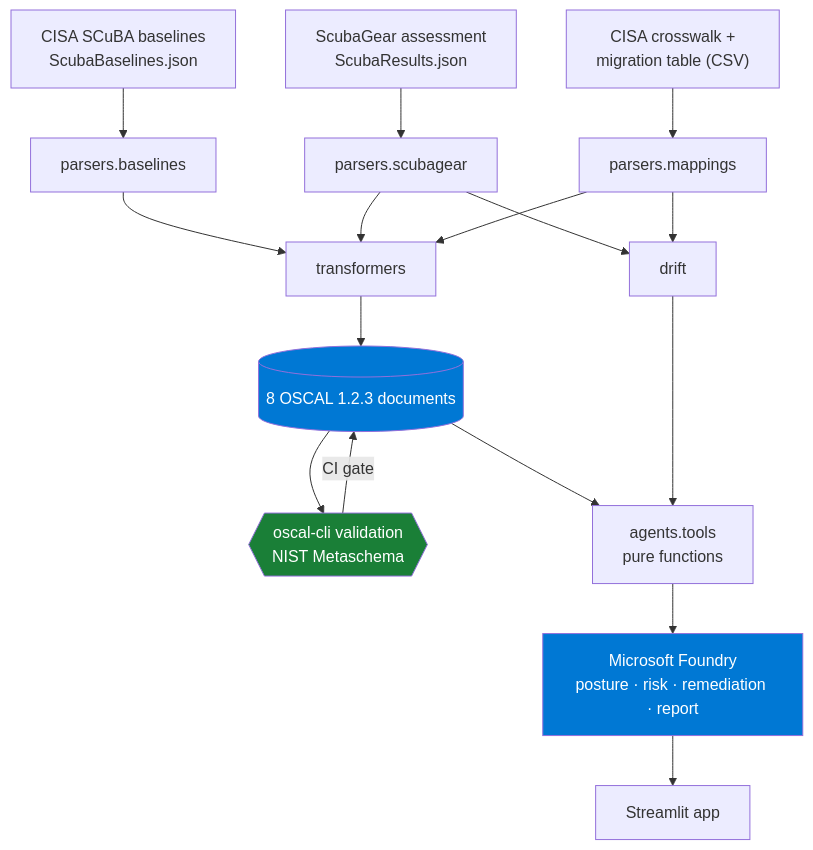
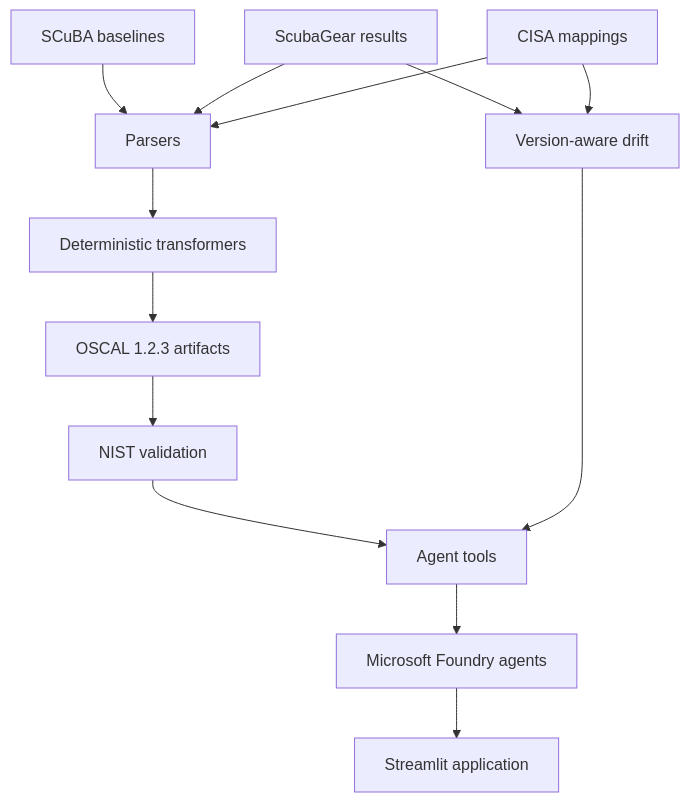
One commit to saleha-muzammil/microsoft-sec changed the diagram in README.md. Above: the diagram before and after it, drawn with Mermaid. The commit also changed other lines of this file and 45 other files, not shown here.

````diff
--- a/README.md
+++ b/README.md
@@ -316,25 +130,19 @@
 ```mermaid
 flowchart TD
-    A["CISA SCuBA baselines<br/>ScubaBaselines.json"] --> P1[parsers.baselines]
-    B["ScubaGear assessment<br/>ScubaResults.json"] --> P2[parsers.scubagear]
-    C["CISA crosswalk +<br/>migration table (CSV)"] --> P3[parsers.mappings]
+    A["SCuBA baselines"] --> P["Parsers"]
+    B["ScubaGear results"] --> P
+    C["CISA mappings"] --> P
 
-    P1 --> T[transformers]
-    P2 --> T
-    P3 --> T
-    P2 --> D[drift]
-    P3 --> D
+    P --> T["Deterministic transformers"]
+    T --> O["OSCAL 1.2.3 artifacts"]
 
-    T --> O[("8 OSCAL 1.2.3 documents")]
-    O --> V{{"oscal-cli validation<br/>NIST Metaschema"}}
-    V -->|"CI gate"| O
+    O --> V["NIST validation"]
+    V --> TOOLS["Agent tools"]
 
-    O --> TOOLS[agents.tools<br/>pure functions]
+    TOOLS --> AG["Microsoft Foundry agents"]
+    AG --> UI["Streamlit application"]
+
+    B --> D["Version-aware drift"]
+    C --> D
     D --> TOOLS
-    TOOLS --> AG["Microsoft Foundry<br/>posture · risk · remediation · report"]
-    AG --> UI[Streamlit app]
-
-    style O fill:#0078d4,color:#fff
-    style AG fill:#0078d4,color:#fff
-    style V fill:#1a7f37,color:#fff
 ```
````
